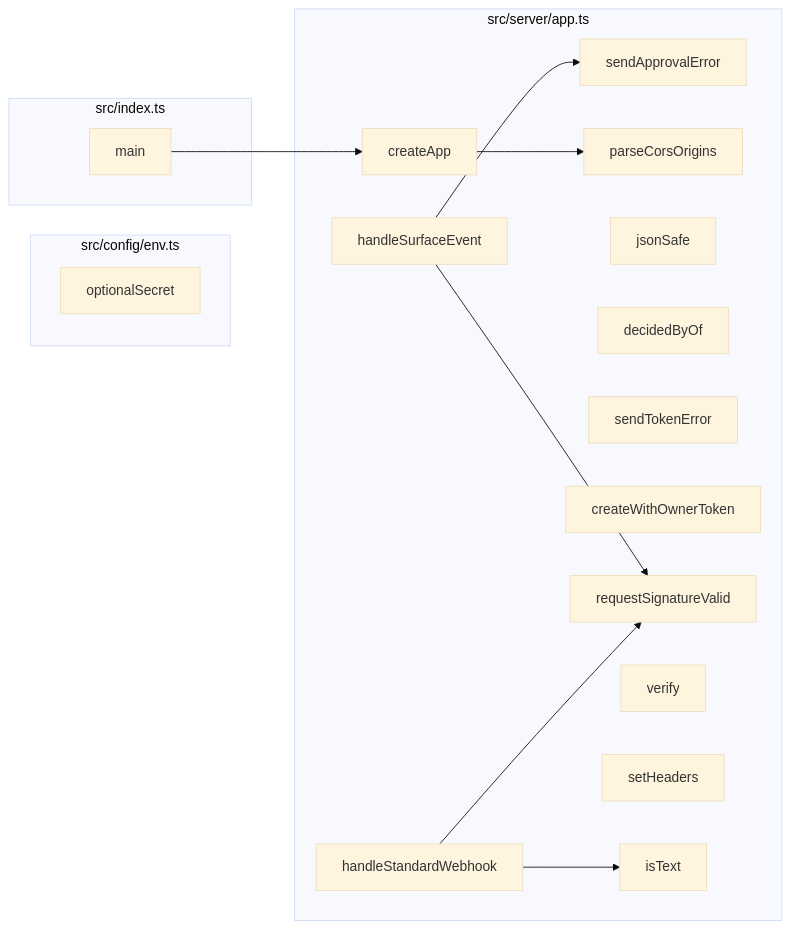
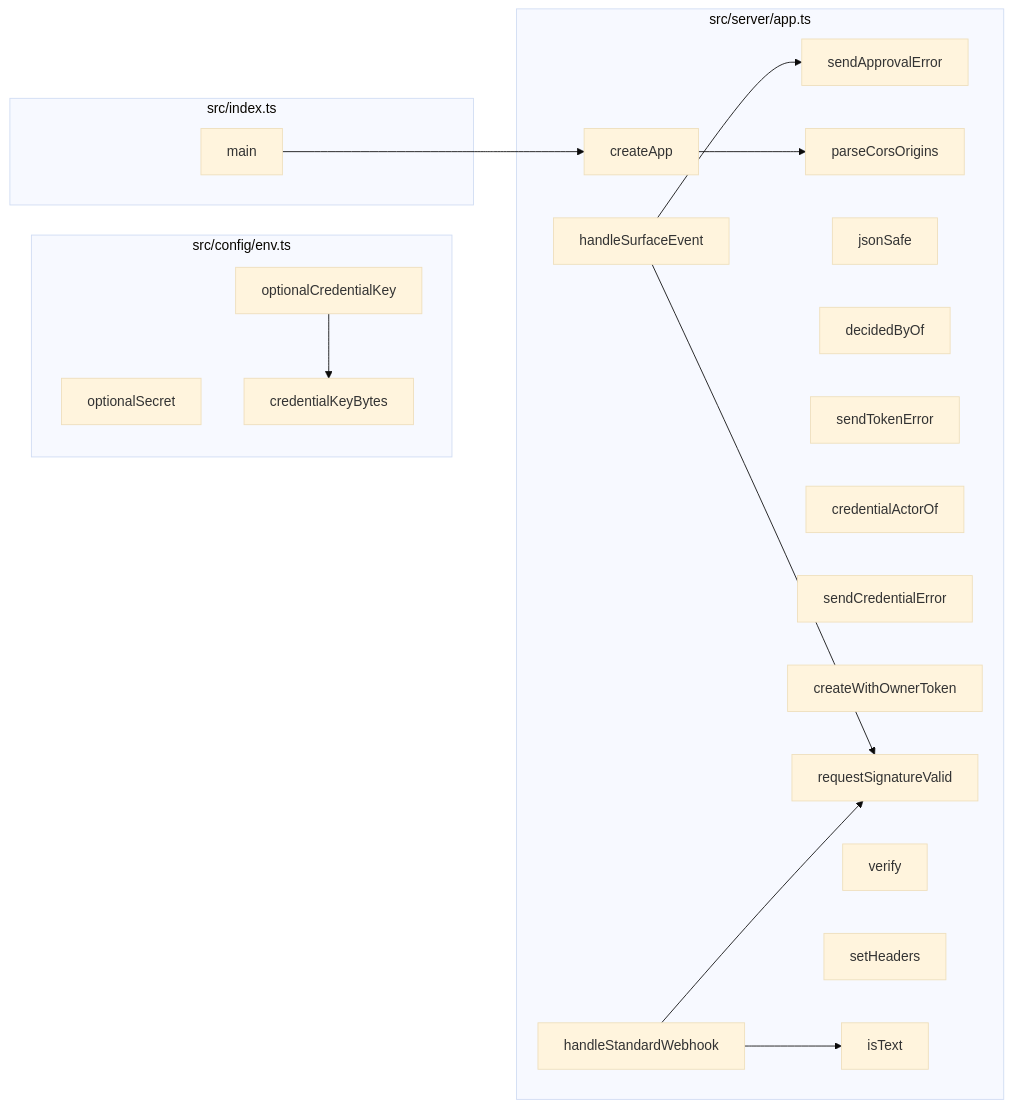
One commit to Jaydearcadian/bind changed the fourth of 8 diagrams in docs/CODEBASE_MAP.md. Above: the diagram before and after it, drawn with Mermaid (base theme). The commit also changed other lines of this file and 21 other files, not shown here.

````diff
--- a/docs/CODEBASE_MAP.md
+++ b/docs/CODEBASE_MAP.md
@@ -230,30 +239,35 @@
 ```mermaid
 flowchart LR
   subgraph F0["src/config/env.ts"]
     n106["optionalSecret"]
+    n107["credentialKeyBytes"]
+    n108["optionalCredentialKey"]
   end
   subgraph F1["src/index.ts"]
-    n140["main"]
+    n166["main"]
   end
   subgraph F2["src/server/app.ts"]
-    n157["sendApprovalError"]
-    n158["parseCorsOrigins"]
-    n159["jsonSafe"]
-    n160["decidedByOf"]
-    n161["sendTokenError"]
-    n162["createWithOwnerToken"]
-    n163["requestSignatureValid"]
-    n164["createApp"]
-    n165["verify"]
-    n166["setHeaders"]
-    n205["handleSurfaceEvent"]
-    n206["handleStandardWebhook"]
-    n207["isText"]
+    n183["sendApprovalError"]
+    n184["parseCorsOrigins"]
+    n185["jsonSafe"]
+    n186["decidedByOf"]
+    n187["sendTokenError"]
+    n188["credentialActorOf"]
+    n189["sendCredentialError"]
+    n190["createWithOwnerToken"]
+    n191["requestSignatureValid"]
+    n192["createApp"]
+    n193["verify"]
+    n194["setHeaders"]
+    n237["handleSurfaceEvent"]
+    n238["handleStandardWebhook"]
+    n239["isText"]
   end
-  n140 --> n164
-  n164 --> n158
-  n205 --> n163
-  n205 --> n157
-  n206 --> n163
-  n206 --> n207
+  n108 --> n107
+  n166 --> n192
+  n192 --> n184
+  n237 --> n191
+  n237 --> n183
+  n238 --> n191
+  n238 --> n239
 ```
````
